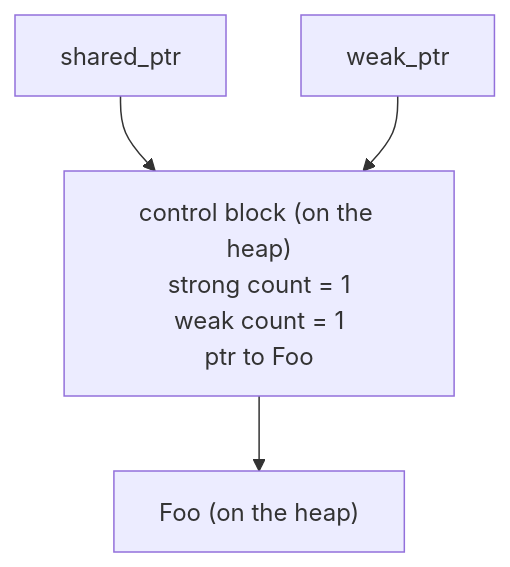
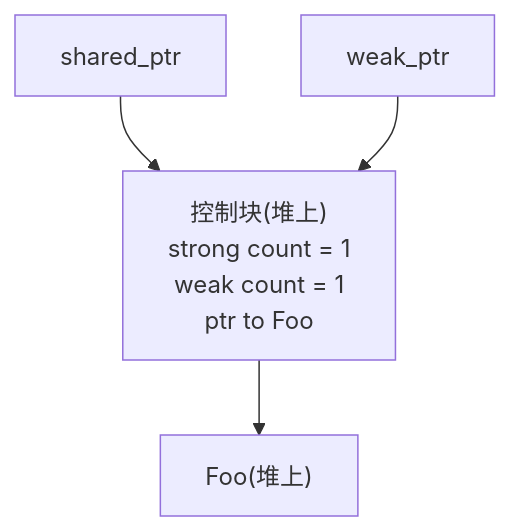
One commit to Awesome-Embedded-Learning-Studio/Tutorial_AwesomeModernCPP changed the diagram in documents/en/vol9-open-source-project-learn/chrome/02_weak_ptr/full/pre-00-weak-ptr-weak-reference-and-lifetime.md. Above: the diagram before and after it, drawn with Mermaid. The commit also changed other lines of this file and 749 other files, not shown here.

````diff
--- a/documents/en/vol9-open-source-project-learn/chrome/02_weak_ptr/full/pre-00-weak-ptr-weak-reference-and-lifetime.md
+++ b/documents/en/vol9-open-source-project-learn/chrome/02_weak_ptr/full/pre-00-weak-ptr-weak-reference-and-lifetime.md
@@ -86,10 +86,10 @@
 ```mermaid
 flowchart TB
     SP["shared_ptr"]
     WP["weak_ptr"]
-    CB["control block (on the heap)<br/>strong count = 1<br/>weak count = 1<br/>ptr to Foo"]
-    Foo["Foo (on the heap)"]
+    CB["控制块(堆上)<br/>strong count = 1<br/>weak count = 1<br/>ptr to Foo"]
+    Foo["Foo(堆上)"]
     SP --> CB
     WP --> CB
     CB --> Foo
 ```
````
